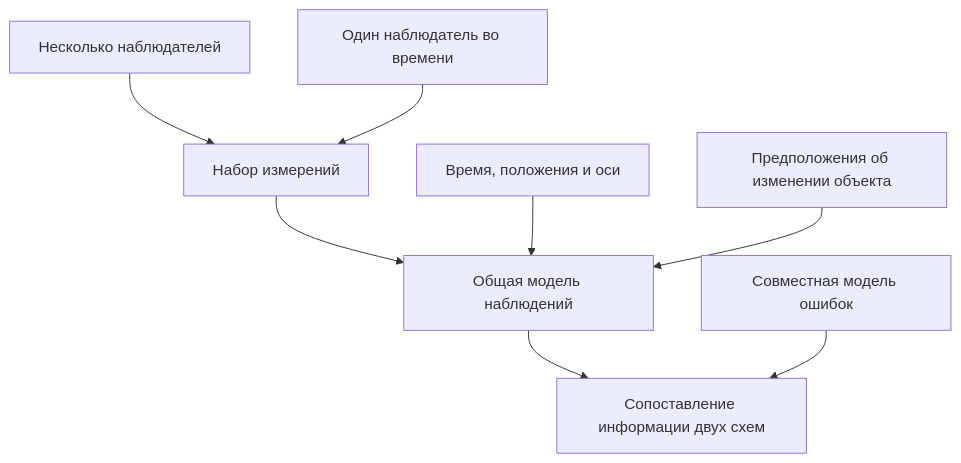
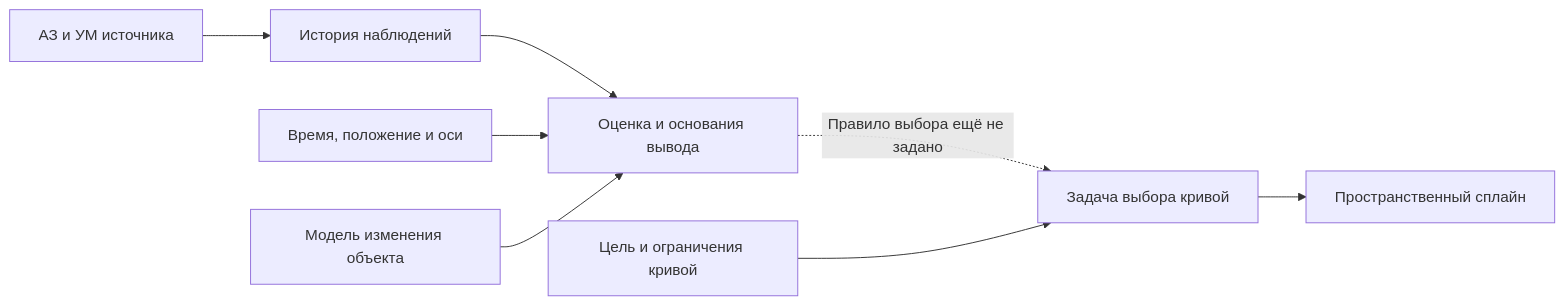
One commit to izio007/libtr changed the first of 2 diagrams in docs-complex/RADIO_OBSERVATION_EXAM.md. Above: the diagram before and after it, drawn with Mermaid. The commit also changed other lines of this file, not shown here.

````diff
--- a/docs-complex/RADIO_OBSERVATION_EXAM.md
+++ b/docs-complex/RADIO_OBSERVATION_EXAM.md
@@ -77,10 +22,10 @@
 ```mermaid
-flowchart TD
-    many["Несколько наблюдателей"] --> observations["Набор измерений"]
-    one["Один наблюдатель во времени"] --> observations
-    observations --> model["Общая модель наблюдений"]
-    context["Время, положения и оси"] --> model
-    evolution["Предположения об изменении объекта"] --> model
-    model --> question["Сопоставление информации двух схем"]
-    errors["Совместная модель ошибок"] --> question
+flowchart LR
+    Z["АЗ и УМ источника"] --> H["История наблюдений"]
+    H --> X["Оценка и основания вывода"]
+    C["Время, положение и оси"] --> X
+    M["Модель изменения объекта"] --> X
+    X -. "Правило выбора ещё не задано" .-> P["Задача выбора кривой"]
+    R["Цель и ограничения кривой"] --> P
+    P --> S["Пространственный сплайн"]
 ```
````
